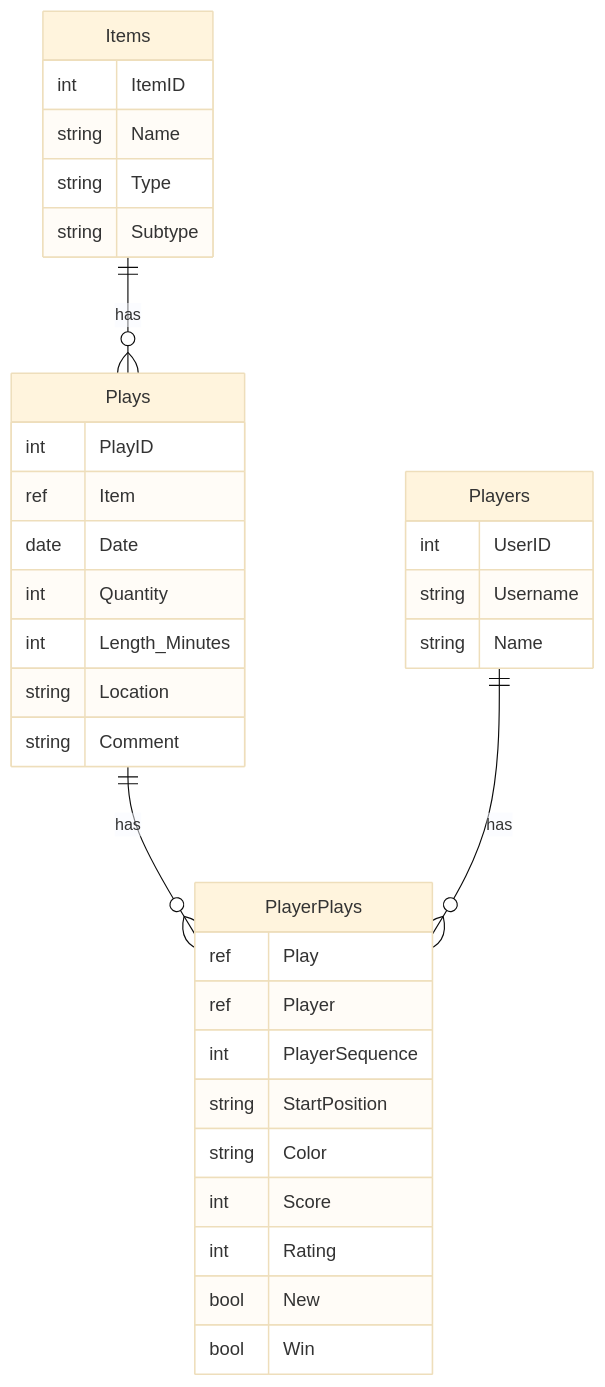
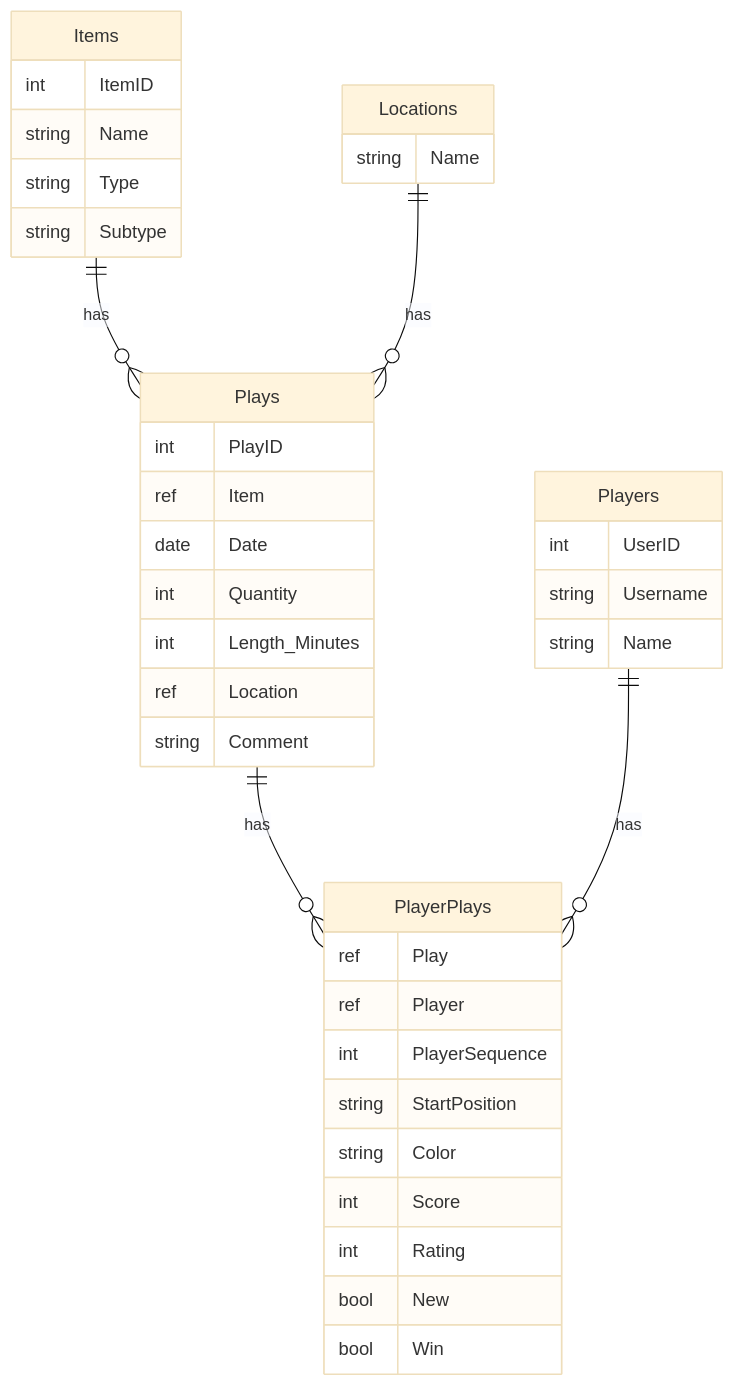
Before and after one commit to pedorich-n/geekdo-sync: the diagram in grist/README.md, drawn with Mermaid (base theme). The commit also changed 7 other files, not shown here.

````diff
--- a/grist/README.md
+++ b/grist/README.md
@@ -3,41 +3,46 @@
 ```mermaid
 erDiagram
     Items {
         int ItemID
         string Name
         string Type
         string Subtype
     }
 
     Players {
         int UserID
         string Username
         string Name
     }
 
+    Locations {
+        string Name
+    }
+
     Plays {
         int PlayID
         ref Item
         date Date
         int Quantity
         int Length_Minutes
-        string Location
+        ref Location
         string Comment
     }
 
     PlayerPlays {
         ref Play
         ref Player
         int PlayerSequence
         string StartPosition
         string Color
         int Score
         int Rating
         bool New
         bool Win
     }
 
     Items ||--o{ Plays : "has"
+    Locations ||--o{ Plays : "has"
     Plays ||--o{ PlayerPlays : "has"
     Players ||--o{ PlayerPlays : "has"
 ```
````
